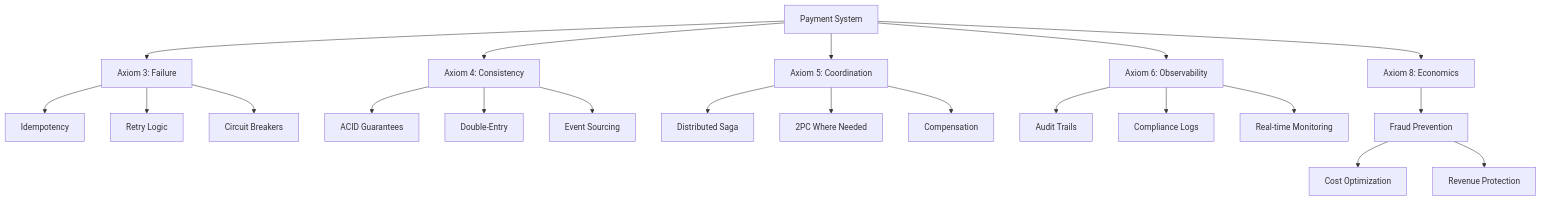
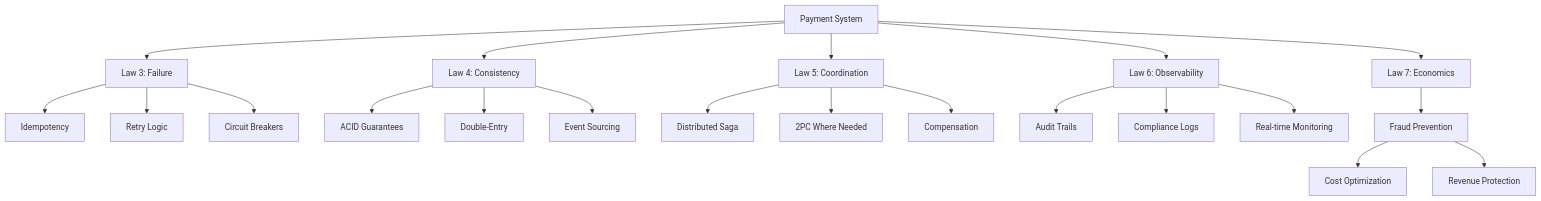
One commit to deepaucksharma/DStudio changed the third of 7 diagrams in docs/case-studies/payment-system.md. Above: the diagram before and after it, drawn with Mermaid. The commit also changed other lines of this file and 470 other files, not shown here.

````diff
--- a/docs/case-studies/payment-system.md
+++ b/docs/case-studies/payment-system.md
@@ -190,30 +190,30 @@
 ```mermaid
 graph TD
     PAY[Payment System]
     
-    PAY --> A3[Axiom 3: Failure]
-    PAY --> A4[Axiom 4: Consistency]
-    PAY --> A5[Axiom 5: Coordination]
-    PAY --> A6[Axiom 6: Observability]
-    PAY --> A8[Axiom 8: Economics]
+    PAY --> A3[Law 3: Failure]
+    PAY --> A4[Law 4: Consistency]
+    PAY --> A5[Law 5: Coordination]
+    PAY --> A6[Law 6: Observability]
+    PAY --> A8[Law 7: Economics]
     
     A3 --> F1[Idempotency]
     A3 --> F2[Retry Logic]
     A3 --> F3[Circuit Breakers]
     
     A4 --> C1[ACID Guarantees]
     A4 --> C2[Double-Entry]
     A4 --> C3[Event Sourcing]
     
     A5 --> CO1[Distributed Saga]
     A5 --> CO2[2PC Where Needed]
     A5 --> CO3[Compensation]
     
     A6 --> O1[Audit Trails]
     A6 --> O2[Compliance Logs]
     A6 --> O3[Real-time Monitoring]
     
     A8 --> E1[Fraud Prevention]
     E1 --> E2[Cost Optimization]
     E1 --> E3[Revenue Protection]
 ```
````
